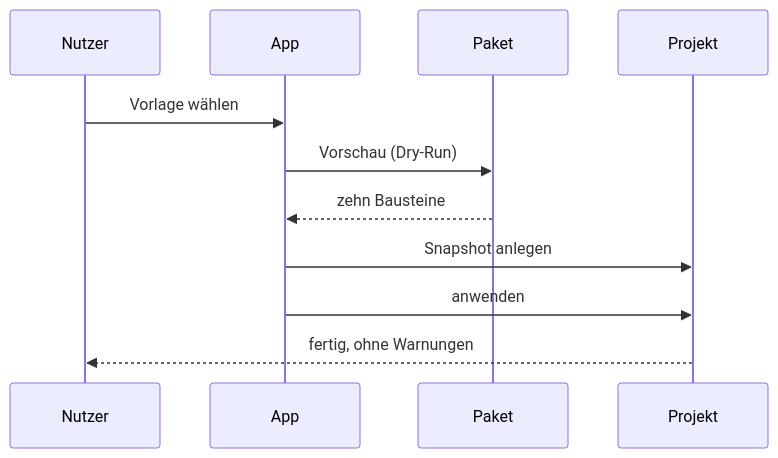
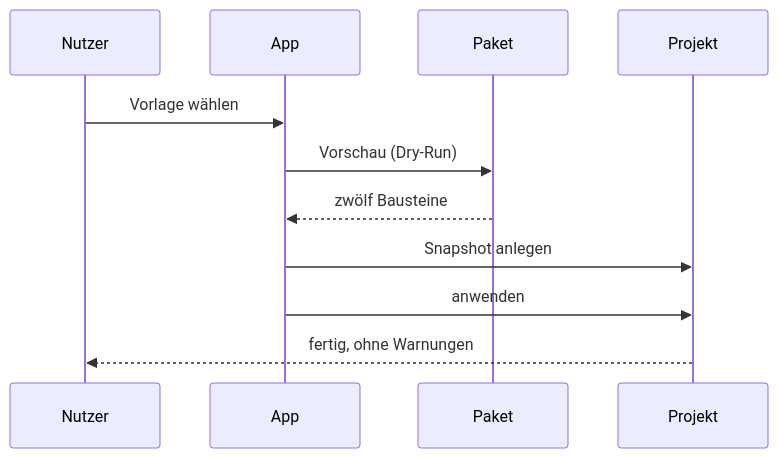
The diagram in 2-formatierung/09-diagramme/sequenz.md (boxi-os/Quartz-Example-Template), drawn with Mermaid before and after one commit. The commit also changed other lines of this file and 5 other files, not shown here.

First line of the commit message:
Die Bausteine sind zwölf, nicht zehn — auch in den Diagrammen

````diff
--- a/2-formatierung/09-diagramme/sequenz.md
+++ b/2-formatierung/09-diagramme/sequenz.md
@@ -24,9 +24,9 @@
 ```mermaid
 sequenceDiagram
     Nutzer->>App: Vorlage wählen
     App->>Paket: Vorschau (Dry-Run)
-    Paket-->>App: zehn Bausteine
+    Paket-->>App: zwölf Bausteine
     App->>Projekt: Snapshot anlegen
     App->>Projekt: anwenden
     Projekt-->>Nutzer: fertig, ohne Warnungen
 ```
````
